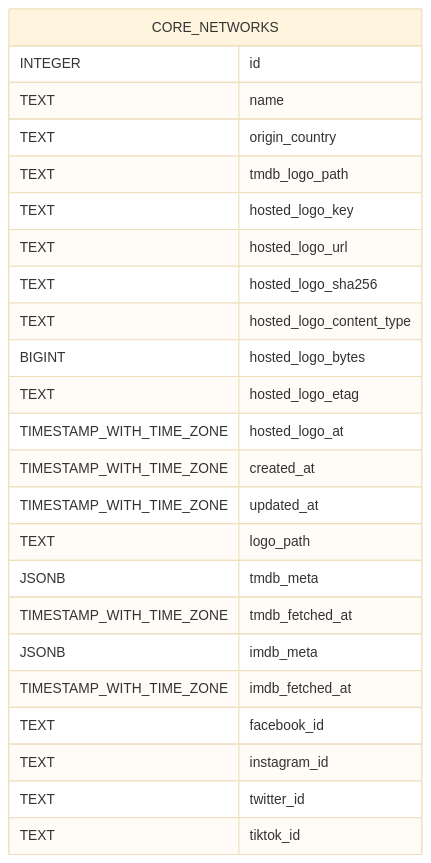
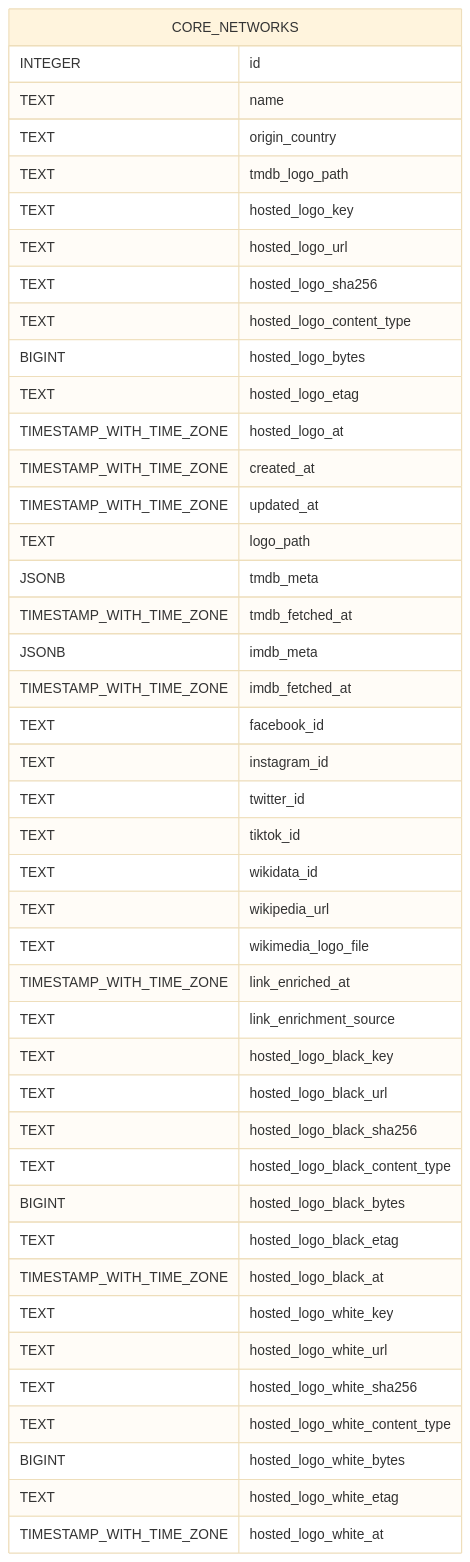
Before and after one commit to therealityreport/trr-backend: the diagram in supabase/schema_docs/diagrams/core.networks.mermaid.md, drawn with Mermaid (base theme). The commit also changed 5 other files, not shown here.

Commit message:
chore: refresh schema docs for networks and watch providers

````diff
--- a/supabase/schema_docs/diagrams/core.networks.mermaid.md
+++ b/supabase/schema_docs/diagrams/core.networks.mermaid.md
@@ -4,27 +4,46 @@
 ```mermaid
 erDiagram
     CORE_NETWORKS {
         INTEGER id
         TEXT name
         TEXT origin_country
         TEXT tmdb_logo_path
         TEXT hosted_logo_key
         TEXT hosted_logo_url
         TEXT hosted_logo_sha256
         TEXT hosted_logo_content_type
         BIGINT hosted_logo_bytes
         TEXT hosted_logo_etag
         TIMESTAMP_WITH_TIME_ZONE hosted_logo_at
         TIMESTAMP_WITH_TIME_ZONE created_at
         TIMESTAMP_WITH_TIME_ZONE updated_at
         TEXT logo_path
         JSONB tmdb_meta
         TIMESTAMP_WITH_TIME_ZONE tmdb_fetched_at
         JSONB imdb_meta
         TIMESTAMP_WITH_TIME_ZONE imdb_fetched_at
         TEXT facebook_id
         TEXT instagram_id
         TEXT twitter_id
         TEXT tiktok_id
+        TEXT wikidata_id
+        TEXT wikipedia_url
+        TEXT wikimedia_logo_file
+        TIMESTAMP_WITH_TIME_ZONE link_enriched_at
+        TEXT link_enrichment_source
+        TEXT hosted_logo_black_key
+        TEXT hosted_logo_black_url
+        TEXT hosted_logo_black_sha256
+        TEXT hosted_logo_black_content_type
+        BIGINT hosted_logo_black_bytes
+        TEXT hosted_logo_black_etag
+        TIMESTAMP_WITH_TIME_ZONE hosted_logo_black_at
+        TEXT hosted_logo_white_key
+        TEXT hosted_logo_white_url
+        TEXT hosted_logo_white_sha256
+        TEXT hosted_logo_white_content_type
+        BIGINT hosted_logo_white_bytes
+        TEXT hosted_logo_white_etag
+        TIMESTAMP_WITH_TIME_ZONE hosted_logo_white_at
     }
 ```
````
